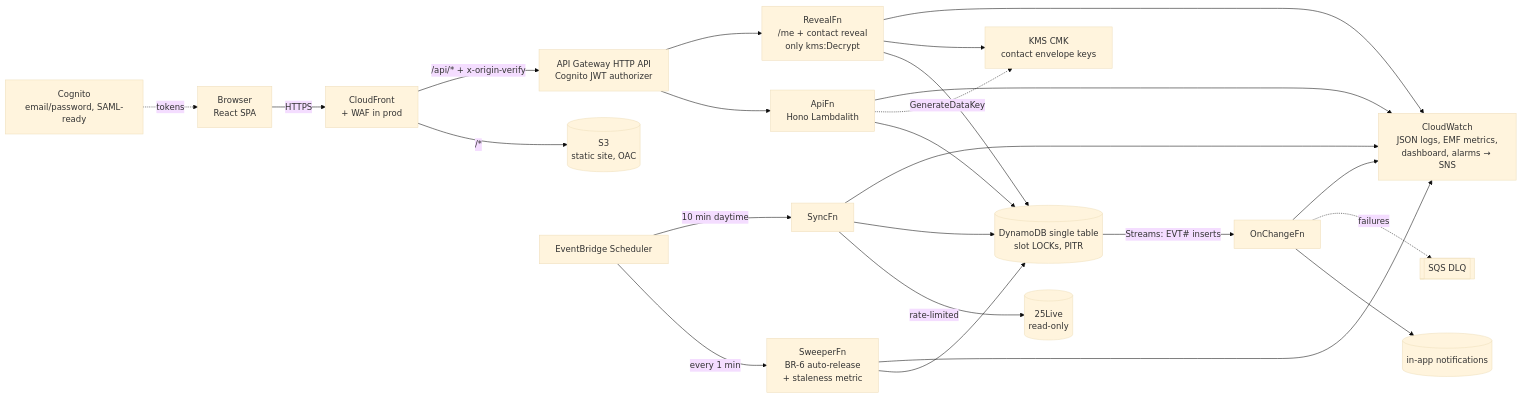
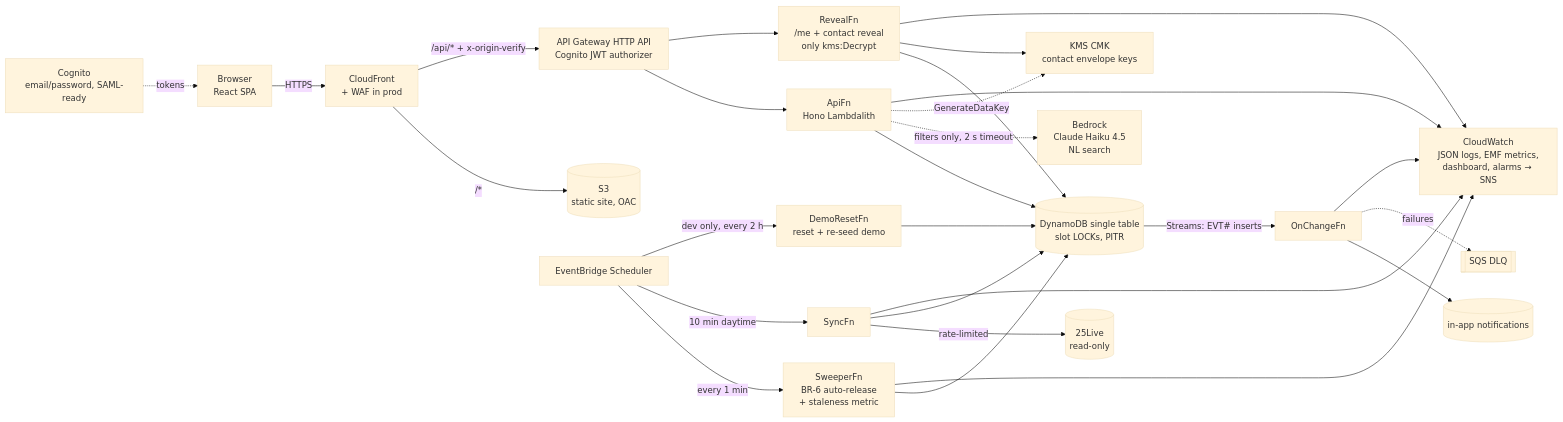
One commit to lakshmanlak07/freeroom changed the diagram in README.md. Above: the diagram before and after it, drawn with Mermaid (base theme). The commit also changed other lines of this file and 18 other files, not shown here.

````diff
--- a/README.md
+++ b/README.md
@@ -23,20 +31,22 @@
 ```mermaid
 flowchart LR
   U[Browser<br/>React SPA] -->|HTTPS| CF[CloudFront<br/>+ WAF in prod]
   CF -->|/*| S3[(S3<br/>static site, OAC)]
   CF -->|/api/* + x-origin-verify| GW[API Gateway HTTP API<br/>Cognito JWT authorizer]
   GW --> API[ApiFn<br/>Hono Lambdalith]
   GW --> RV[RevealFn<br/>/me + contact reveal<br/>only kms:Decrypt]
   API --> DDB[(DynamoDB single table<br/>slot LOCKs, PITR)]
+  API -.filters only, 2 s timeout.-> BR[Bedrock<br/>Claude Haiku 4.5<br/>NL search]
   RV --> DDB
   RV --> KMS[KMS CMK<br/>contact envelope keys]
   API -.GenerateDataKey.-> KMS
   DDB -->|Streams: EVT# inserts| OC[OnChangeFn] --> N[(in-app notifications)]
   OC -.failures.-> DLQ[[SQS DLQ]]
   SCH[EventBridge Scheduler] -->|every 1 min| SW[SweeperFn<br/>BR-6 auto-release<br/>+ staleness metric]
   SCH -->|10 min daytime| SY[SyncFn] -->|rate-limited| L25[(25Live<br/>read-only)]
   SY --> DDB
   SW --> DDB
+  SCH -->|dev only, every 2 h| DR[DemoResetFn<br/>reset + re-seed demo] --> DDB
   COG[Cognito<br/>email/password, SAML-ready] -.tokens.-> U
   API & RV & SW & SY & OC --> CW[CloudWatch<br/>JSON logs, EMF metrics,<br/>dashboard, alarms → SNS]
 ```
````
